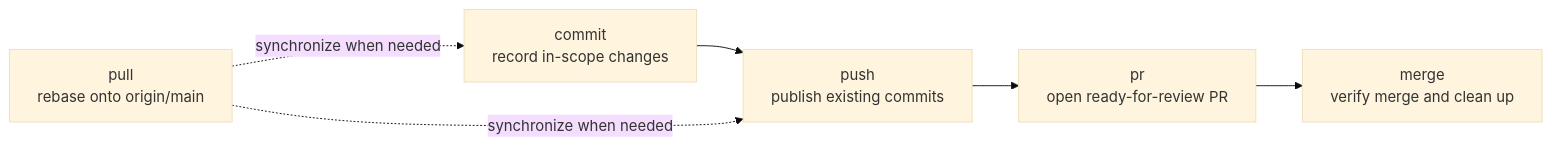
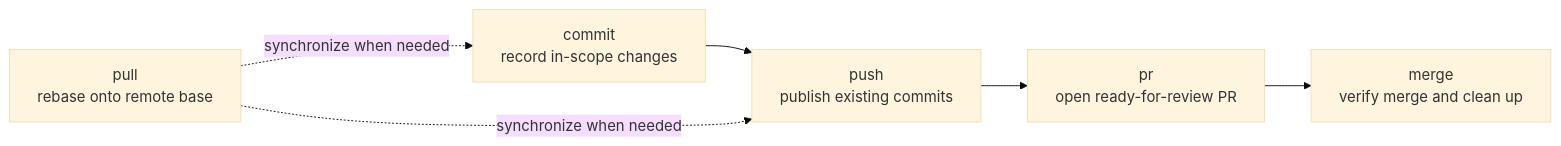
The second of 2 diagrams in README.md (toy-crane/skills), drawn with Mermaid (base theme) before and after one commit. The commit also changed other lines of this file and 13 other files, not shown here.

````diff
--- a/README.md
+++ b/README.md
@@ -137,8 +137,8 @@
 ```mermaid
 flowchart LR
     C["commit<br/>record in-scope changes"] --> P["push<br/>publish existing commits"]
     P --> PR["pr<br/>open ready-for-review PR"]
     PR --> M["merge<br/>verify merge and clean up"]
-    L["pull<br/>rebase onto origin/main"] -. "synchronize when needed" .-> C
+    L["pull<br/>rebase onto remote base"] -. "synchronize when needed" .-> C
     L -. "synchronize when needed" .-> P
 ```
````
